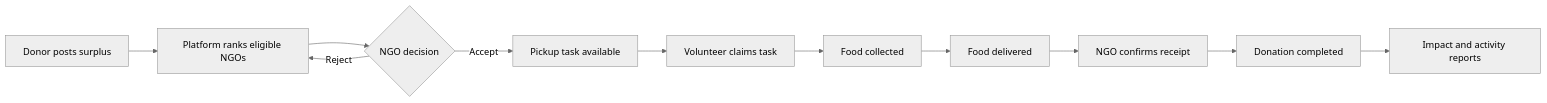
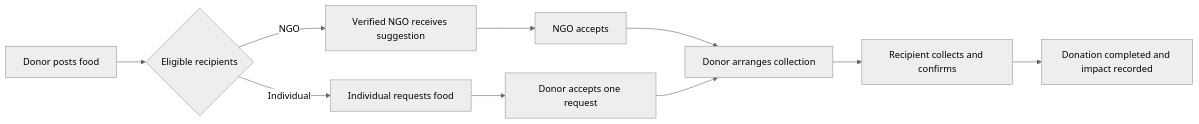
One commit to Zeeshan-py/RescueBite changed the first of 3 diagrams in README.md. Above: the diagram before and after it, drawn with Mermaid (neutral theme). The commit also changed other lines of this file and 66 other files, not shown here.

Commit message:
Add individual recipient and direct collection workflow

````diff
--- a/README.md
+++ b/README.md
@@ -26,13 +26,12 @@
 ```mermaid
 flowchart LR
-    A[Donor posts surplus] --> B[Platform ranks eligible NGOs]
-    B --> C{NGO decision}
-    C -->|Accept| D[Pickup task available]
-    C -->|Reject| B
-    D --> E[Volunteer claims task]
-    E --> F[Food collected]
-    F --> G[Food delivered]
-    G --> H[NGO confirms receipt]
-    H --> I[Donation completed]
-    I --> J[Impact and activity reports]
+  D[Donor posts food] --> S{Eligible recipients}
+  S -->|NGO| M[Verified NGO receives suggestion]
+  S -->|Individual| R[Individual requests food]
+  M --> A[NGO accepts]
+  R --> B[Donor accepts one request]
+  A --> C[Donor arranges collection]
+  B --> C
+  C --> F[Recipient collects and confirms]
+  F --> I[Donation completed and impact recorded]
 ```
````
